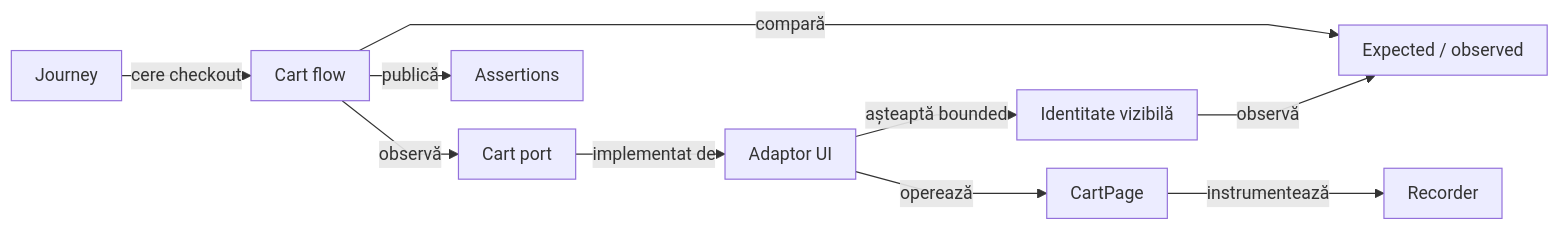
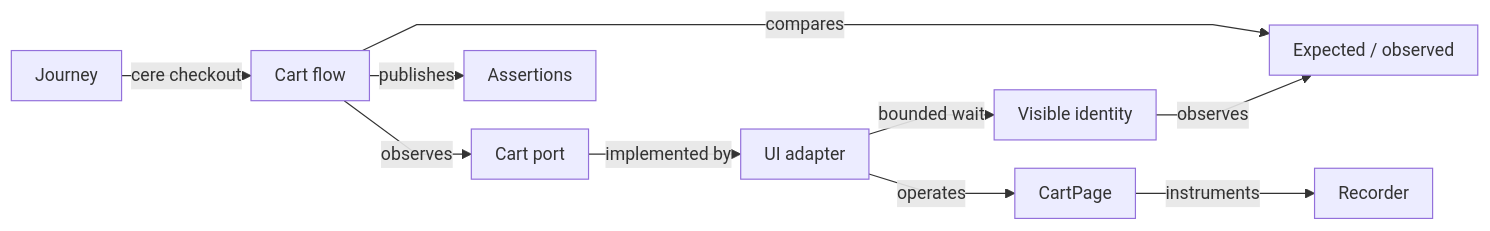
One commit to crististefanita/atf_j0 changed the second of 14 diagrams in atf-test-auto-ex/README.md. Above: the diagram before and after it, drawn with Mermaid. The commit also changed other lines of this file and 113 other files, not shown here.

````diff
--- a/atf-test-auto-ex/README.md
+++ b/atf-test-auto-ex/README.md
@@ -248,13 +256,13 @@
 ```mermaid
 %%{init: {"themeVariables":{"fontSize":"15px"},"themeCSS":".nodeLabel, .nodeLabel p { font-size: 15px !important; line-height: 1.35 !important; } .edgeLabel, .edgeLabel p { font-size: 12px !important; font-weight: 400 !important; line-height: 1.2 !important; } .edgeLabel .labelBkg, .edgeLabel p { background: transparent !important; } .edgeLabel foreignObject { transform: translateY(-28px); overflow: visible; } .node rect { rx: 6px; ry: 6px; }","flowchart":{"curve":"linear","nodeSpacing":24,"rankSpacing":16,"padding":10,"diagramPadding":24}}}%%
 flowchart LR
     Journey["Journey"] -->|cere checkout| Business["Cart flow"]
-    Business -->|observă| Port["Cart port"]
-    Port -->|implementat de| UI["Adaptor UI"]
-    UI -->|așteaptă bounded| Identity["Identitate vizibilă"]
-    Identity -->|observă| Snapshot
-    UI -->|operează| Page["CartPage"]
-    Page -->|instrumentează| Recorder["Recorder"]
-    Business -->|compară| Snapshot["Expected / observed"]
-    Business -->|publică| Adapter["Assertions"]
+    Business -->|observes| Port["Cart port"]
+    Port -->|implemented by| UI["UI adapter"]
+    UI -->|bounded wait| Identity["Visible identity"]
+    Identity -->|observes| Snapshot
+    UI -->|operates| Page["CartPage"]
+    Page -->|instruments| Recorder["Recorder"]
+    Business -->|compares| Snapshot["Expected / observed"]
+    Business -->|publishes| Adapter["Assertions"]
 ```
````
